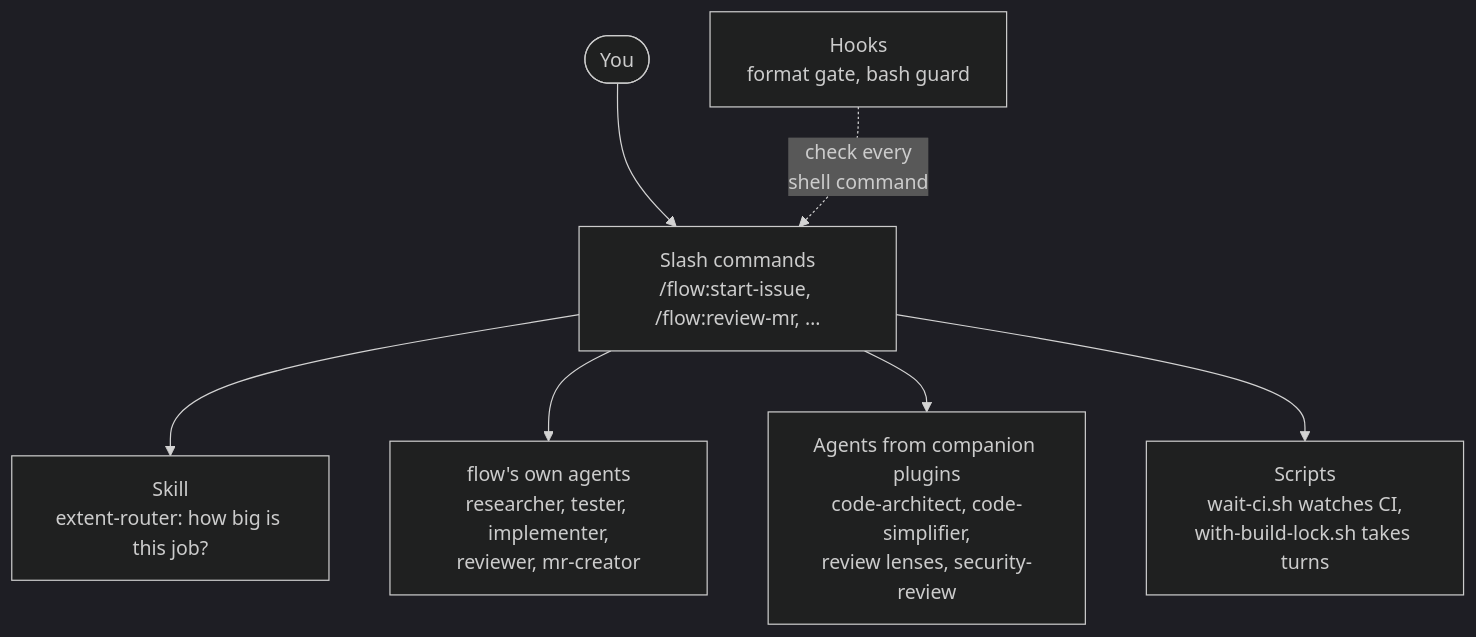
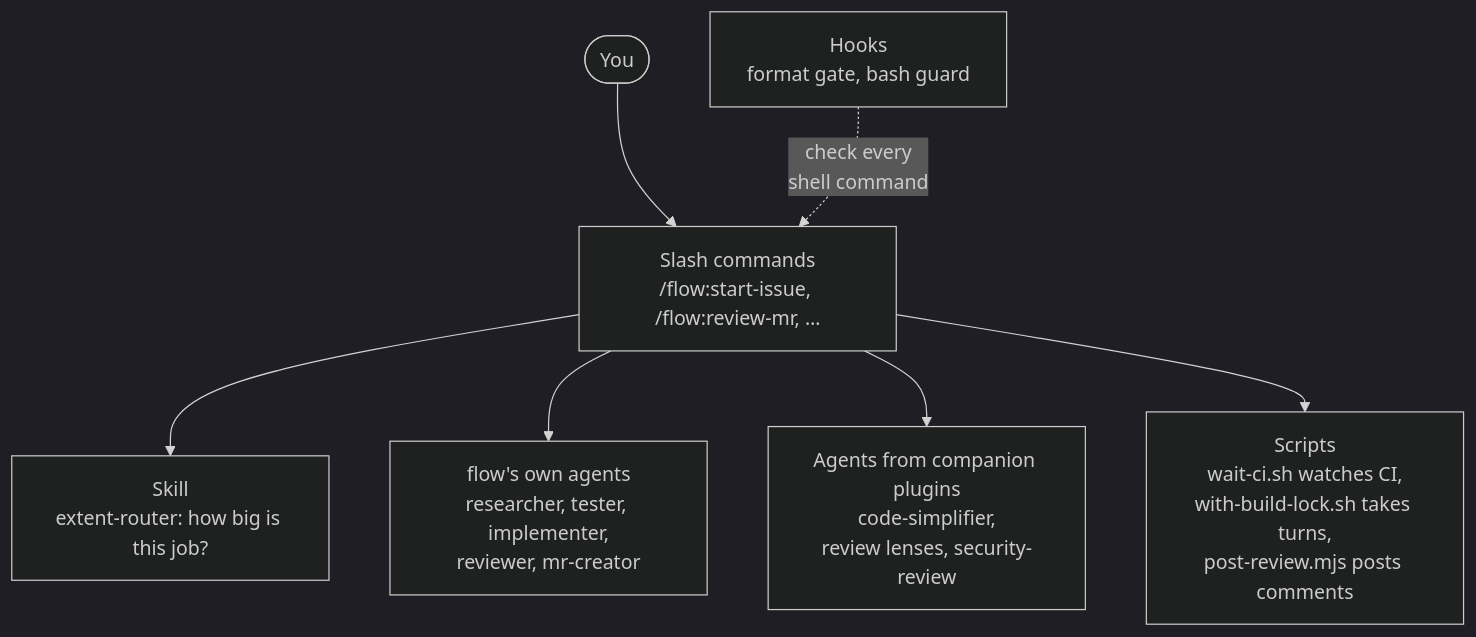
The first of 5 diagrams in README.md (MarkusVGJensen/flow), drawn with Mermaid (dark theme) before and after one commit. The commit also changed other lines of this file and 22 other files, not shown here.

First line of the commit message:
flow 0.7.0: an architect of its own, more agents in parallel, reviews that post inline and Helm submits

````diff
--- a/README.md
+++ b/README.md
@@ -130,9 +130,9 @@
 ```mermaid
 flowchart TD
   U(["You"]) --> CMD["Slash commands<br/>/flow:start-issue, /flow:review-mr, …"]
   CMD --> SK["Skill<br/>extent-router: how big is this job?"]
   CMD --> AG["flow's own agents<br/>researcher, tester, implementer,<br/>reviewer, mr-creator"]
-  CMD --> FP["Agents from companion plugins<br/>code-architect, code-simplifier,<br/>review lenses, security-review"]
-  CMD --> SCR["Scripts<br/>wait-ci.sh watches CI,<br/>with-build-lock.sh takes turns"]
+  CMD --> FP["Agents from companion plugins<br/>code-simplifier,<br/>review lenses, security-review"]
+  CMD --> SCR["Scripts<br/>wait-ci.sh watches CI,<br/>with-build-lock.sh takes turns,<br/>post-review.mjs posts comments"]
   HK["Hooks<br/>format gate, bash guard"] -. "check every<br/>shell command" .-> CMD
 ```
````
